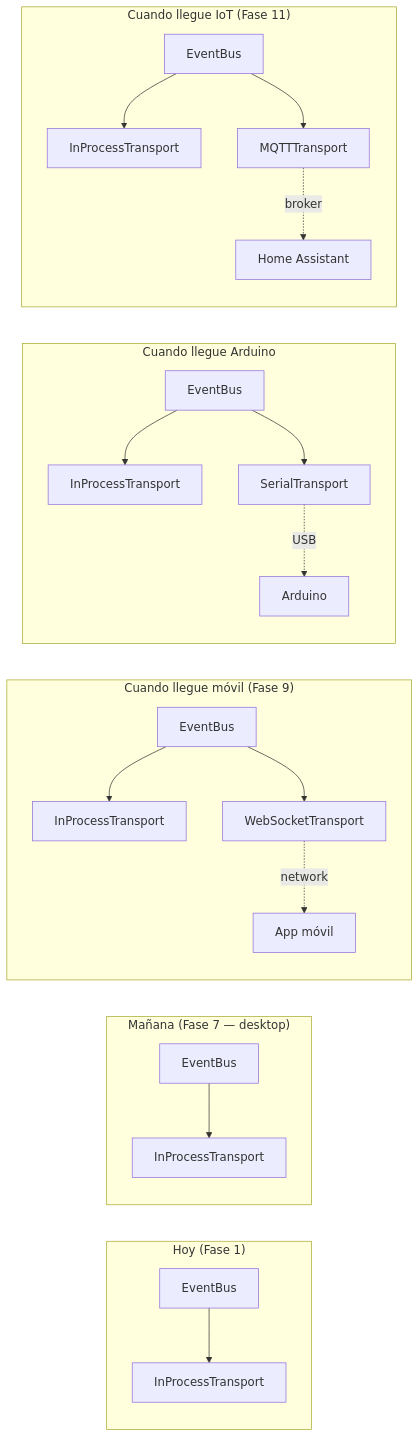
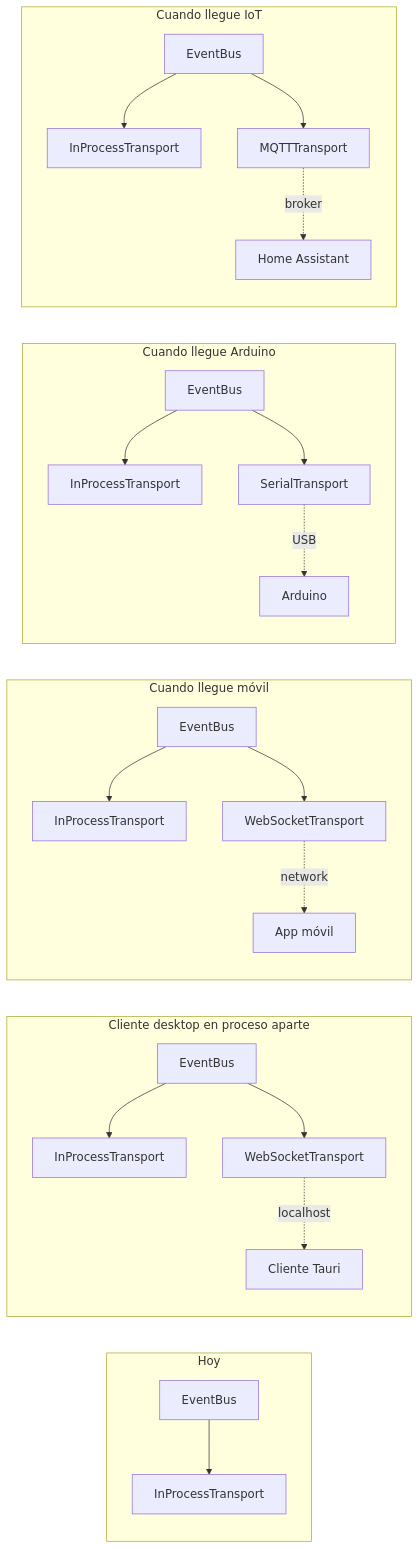
Before and after one commit to Pipelol0723/proyecto-shiro: the fourth of 4 diagrams in docs/architecture.md, drawn with Mermaid. The commit also changed other lines of this file and 3 other files, not shown here.

````diff
--- a/docs/architecture.md
+++ b/docs/architecture.md
@@ -170,28 +265,30 @@
 ```mermaid
 graph LR
-    subgraph "Hoy (Fase 1)"
+    subgraph "Hoy"
         Bus1[EventBus] --> IPT1[InProcessTransport]
     end
 
-    subgraph "Mañana (Fase 7 — desktop)"
+    subgraph "Cliente desktop en proceso aparte"
         Bus2[EventBus] --> IPT2[InProcessTransport]
+        Bus2 --> WSDesk[WebSocketTransport]
+        WSDesk -.localhost.-> ClientDesk[Cliente Tauri]
     end
 
-    subgraph "Cuando llegue móvil (Fase 9)"
+    subgraph "Cuando llegue móvil"
         Bus3[EventBus] --> IPT3[InProcessTransport]
-        Bus3 --> WS[WebSocketTransport]
-        WS -.network.-> Mobile[App móvil]
+        Bus3 --> WSMob[WebSocketTransport]
+        WSMob -.network.-> Mobile[App móvil]
     end
 
     subgraph "Cuando llegue Arduino"
         Bus4[EventBus] --> IPT4[InProcessTransport]
         Bus4 --> Ser[SerialTransport]
         Ser -.USB.-> Ard[Arduino]
     end
 
-    subgraph "Cuando llegue IoT (Fase 11)"
+    subgraph "Cuando llegue IoT"
         Bus5[EventBus] --> IPT5[InProcessTransport]
         Bus5 --> MQTT[MQTTTransport]
         MQTT -.broker.-> HA[Home Assistant]
     end
 ```
````
